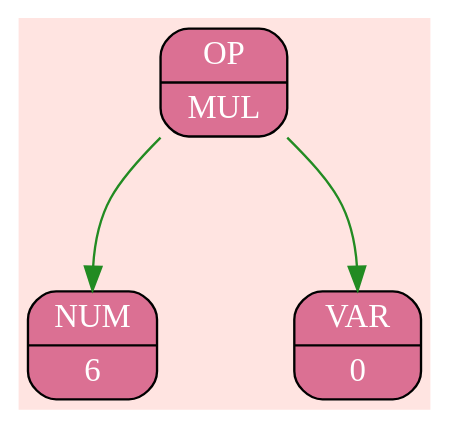
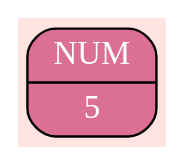
One commit to Shishkin-Vasiliy/Differentiator.Ai changed the diagram in Log/pict_0.dot. Above: the diagram before and after it, drawn with Graphviz. The commit also changed 8 other files, not shown here.

```diff
--- a/Log/pict_0.dot
+++ b/Log/pict_0.dot
@@ -1,19 +1,10 @@
 digraph {
 bgcolor="#FFE4E1";
 rankdir=TB;
 nodesep=0.8;
 ranksep=0.9;
 node_0x5030000000a0 [shape=Mrecord; style=filled; fillcolor="#DB7093"; fontcolor="#FFFFFF";
-       label="  { OP | MUL }"];
+       label="  { NUM | 5 }"];
 { rank=source; node_0x5030000000a0 };
-node_0x5030000000d0 [shape=Mrecord; style=filled; fillcolor="#DB7093"; fontcolor="#FFFFFF";
-       label="  { NUM | 6 }"];
-{ rank=sink; node_0x5030000000d0 };
-node_0x503000000160 [shape=Mrecord; style=filled; fillcolor="#DB7093"; fontcolor="#FFFFFF";
-       label="  { VAR | 0 }"];
-{ rank=sink; node_0x503000000160 };
-edge [color="#FFFFFF"];
-node_0x5030000000a0:sw -> node_0x5030000000d0:n [color="#228B22"];
-edge [color="#FFFFFF"];
-node_0x5030000000a0:se -> node_0x503000000160:n [color="#228B22"];
+{ rank=sink; node_0x5030000000a0 };
 }
```
